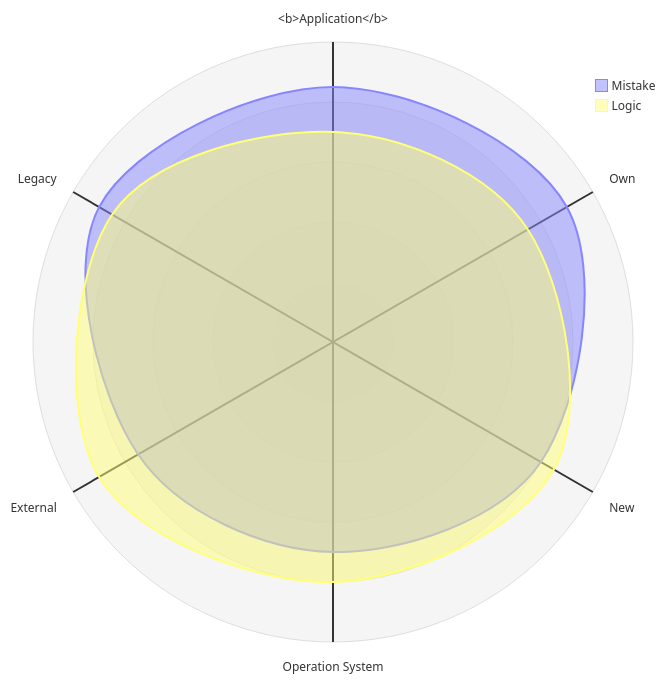
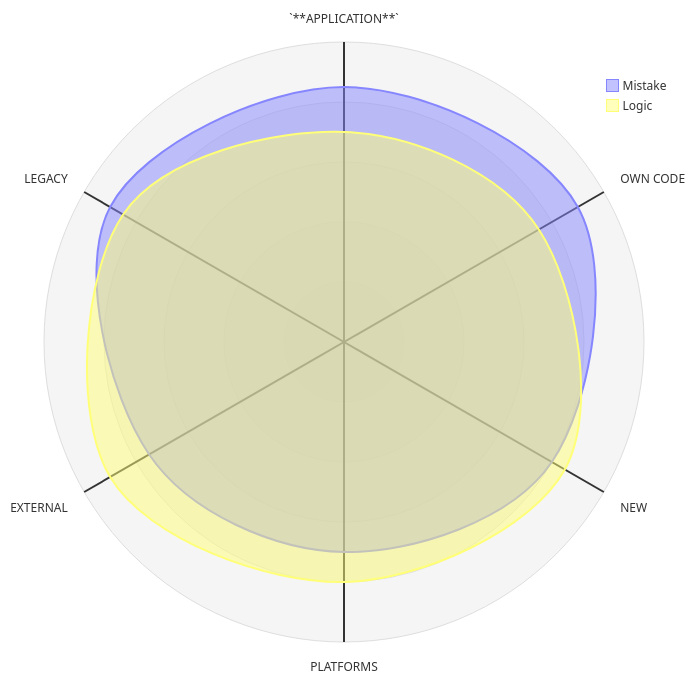
One commit to Kyriosity/read-write changed the diagram in README+/pencraft/README+/essays/README+/NullRefError.md. Above: the diagram before and after it, drawn with Mermaid. The commit also changed other lines of this file, not shown here.

````diff
--- a/README+/pencraft/README+/essays/README+/NullRefError.md
+++ b/README+/pencraft/README+/essays/README+/NullRefError.md
@@ -44,11 +45,11 @@
 ```mermaid
 
 radar-beta
-  axis App["<b>Application</b>"], s["Own"], e["New"]
-  axis OS["Operation System"], g["External"], a["Legacy"]
+  axis App["`**APPLICATION**`"], s["OWN CODE"], e["NEW"]
+  axis OS["PLATFORMS"], g["EXTERNAL"], a["LEGACY"]
   curve MISTAKE["Mistake"]{85, 90, 80, 70, 75, 90}
   curve LOGIC["Logic"]{70, 75, 85, 80, 90, 85}
 
   max 100
   min 0
 ```
````
